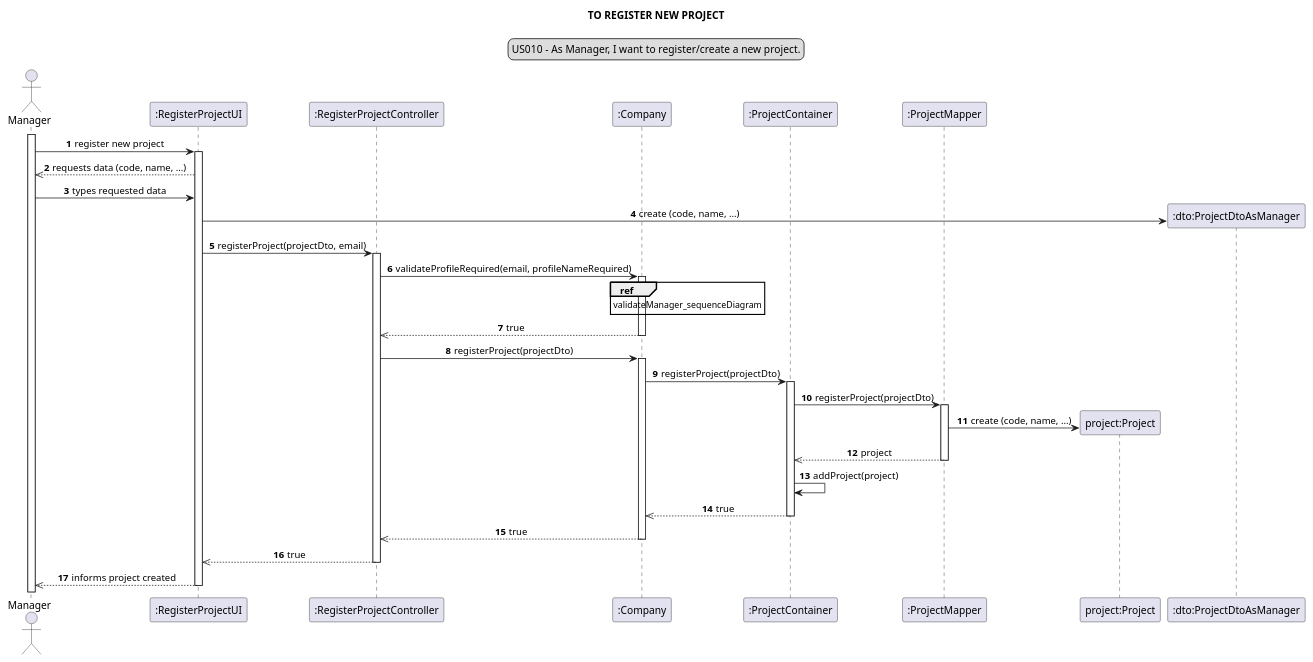
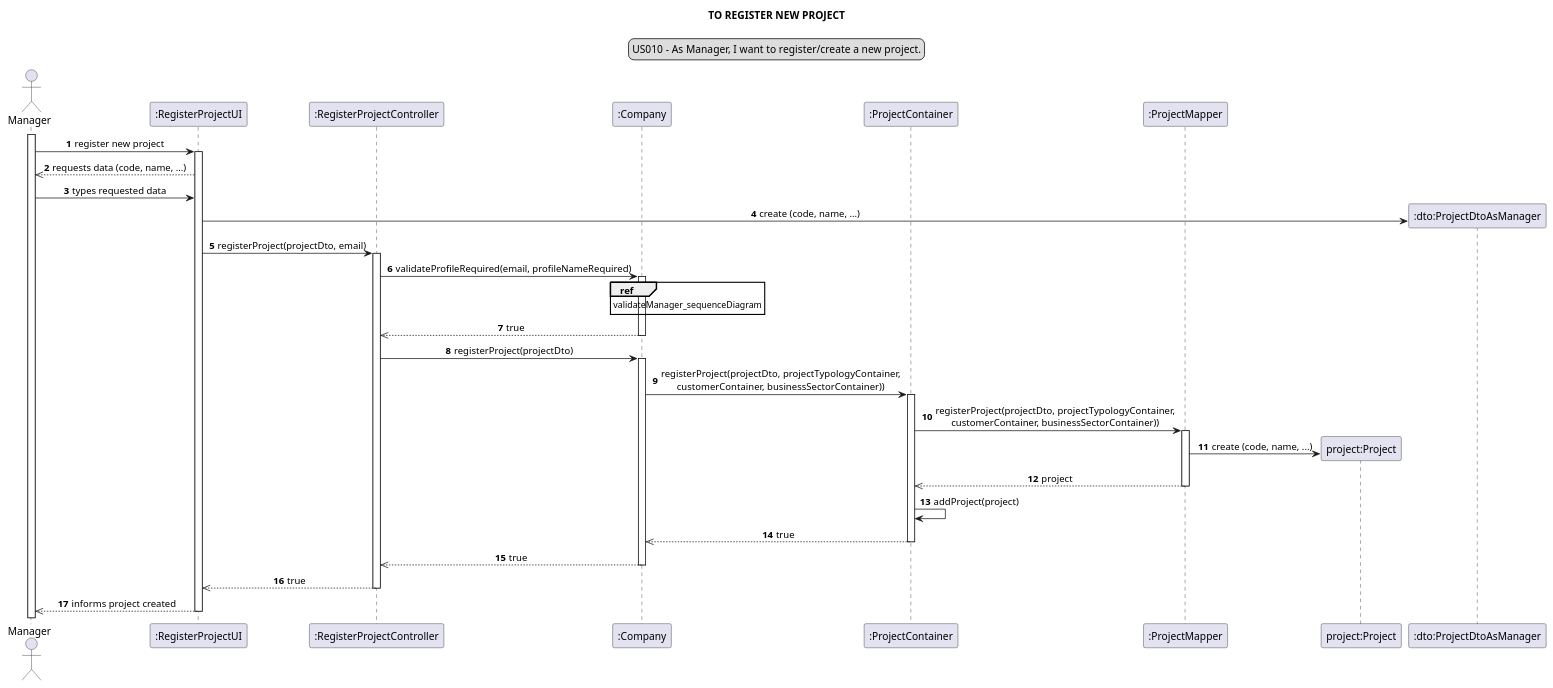
One commit to Loracline/project_switch_22-23 changed the diagram in docs/modelling_design/user_stories/sprint02/us010/US010_sequenceDiagram.puml. Above: the diagram before and after it, drawn with PlantUML. The commit also changed 15 other files, not shown here.

Commit message:
US 010 : Development : Correction of some classes, diagrams and subsequence consequences.

```diff
--- a/docs/modelling_design/user_stories/sprint02/us010/US010_sequenceDiagram.puml
+++ b/docs/modelling_design/user_stories/sprint02/us010/US010_sequenceDiagram.puml
@@ -1,56 +1,56 @@
 @startuml
 
 skinparam sequenceMessageAlign center
 title TO REGISTER NEW PROJECT
 legend top
 US010 - As Manager, I want to register/create a new project.
 end legend
 autonumber
 
 actor Manager as manager
 participant ":RegisterProjectUI" as ui
 participant ":RegisterProjectController" as controller
 participant ":Company" as comp
 participant ":ProjectContainer" as PC
 participant ":ProjectMapper" as mapper
 participant "project:Project" as project
 participant ":dto:ProjectDtoAsManager" as dto
 
 activate manager
 "manager" ->ui : register new project
 activate ui
 "ui" -->> manager: requests data (code, name, ...)
 
 manager -> ui: types requested data
 
 create dto
 ui -> dto: create (code, name, ...)
 ui -> controller: registerProject(projectDto, email)
 activate controller
 
 controller -> comp: validateProfileRequired(email, profileNameRequired)
 ref over comp: validateManager_sequenceDiagram
 activate comp
 comp -->> controller: true
 deactivate comp
 controller -> comp: registerProject(projectDto)
 activate comp
-comp -> PC : registerProject(projectDto)
+comp -> PC : registerProject(projectDto, projectTypologyContainer,\ncustomerContainer, businessSectorContainer))
 activate PC
-PC -> mapper: registerProject(projectDto)
+PC -> mapper: registerProject(projectDto, projectTypologyContainer,\ncustomerContainer, businessSectorContainer))
 activate mapper
 create project
 mapper -> project : create (code, name, ...)
 mapper -->> PC: project
 deactivate mapper
 PC -> PC : addProject(project)
 PC -->> comp : true
 deactivate PC
 comp -->>controller: true
 deactivate comp
 controller -->> ui : true
 deactivate controller
 ui -->> manager :  informs project created
 deactivate ui
 
 @enduml
```
